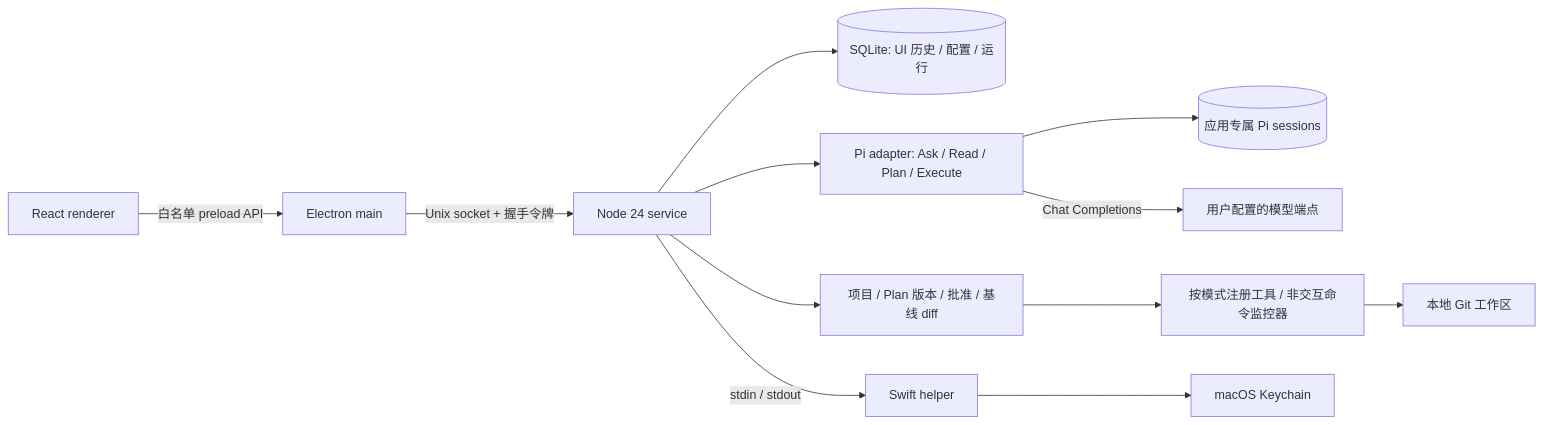
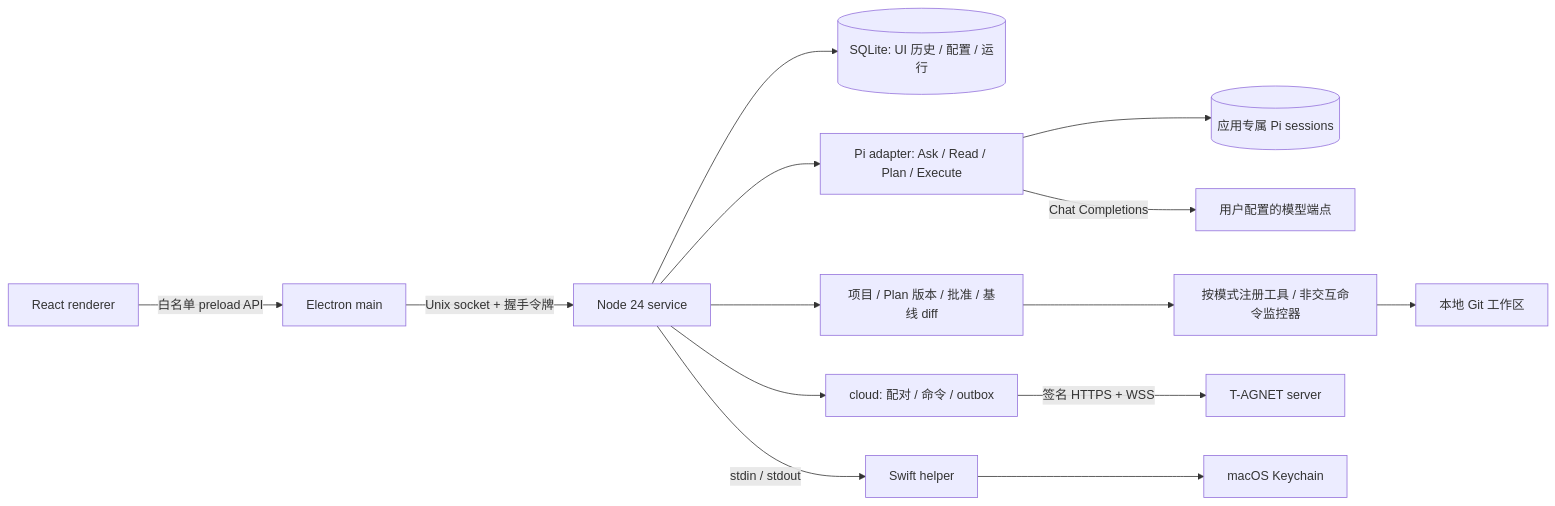
Before and after one commit to TYzzt/PI-BOT: the diagram in desktop/README.md, drawn with Mermaid. The commit also changed other lines of this file and 7 other files, not shown here.

````diff
--- a/desktop/README.md
+++ b/desktop/README.md
@@ -41,14 +47,16 @@
 ```mermaid
 flowchart LR
   UI[React renderer] -->|白名单 preload API| Main[Electron main]
   Main -->|Unix socket + 握手令牌| Service[Node 24 service]
   Service --> Store[(SQLite: UI 历史 / 配置 / 运行)]
   Service --> Pi[Pi adapter: Ask / Read / Plan / Execute]
   Pi --> Sessions[(应用专属 Pi sessions)]
   Service --> Coding[项目 / Plan 版本 / 批准 / 基线 diff]
   Coding --> Tools[按模式注册工具 / 非交互命令监控器]
   Tools --> Repo[本地 Git 工作区]
   Pi -->|Chat Completions| Model[用户配置的模型端点]
+  Service --> Cloud[cloud: 配对 / 命令 / outbox]
+  Cloud -->|签名 HTTPS + WSS| Server[T-AGNET server]
   Service -->|stdin / stdout| Helper[Swift helper]
   Helper --> Keychain[macOS Keychain]
 ```
````
